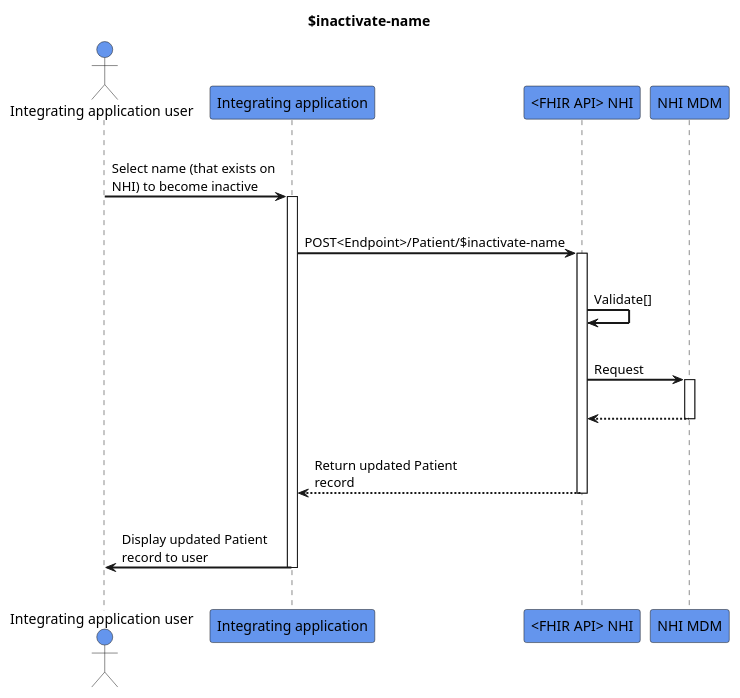
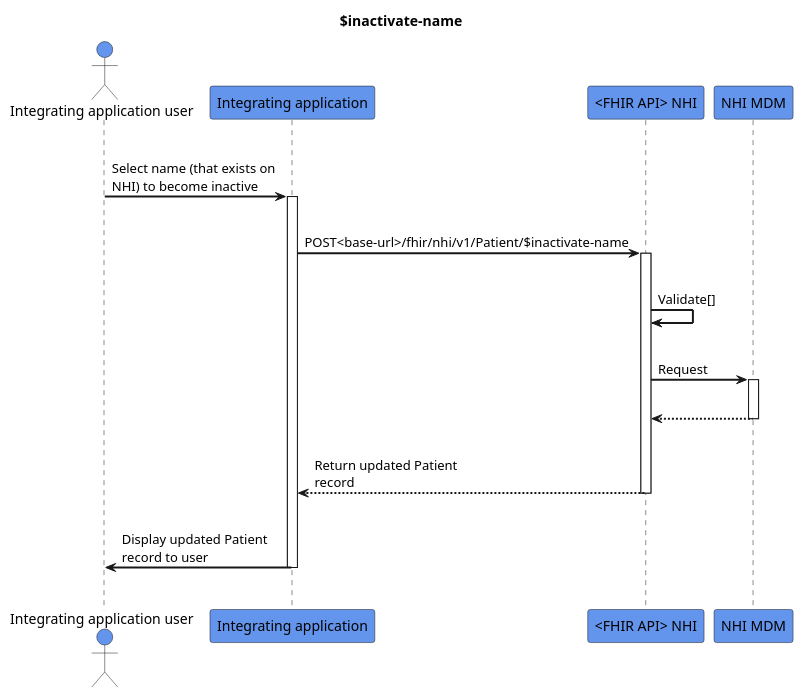
The diagram in input/images-source/inactivate-name.plantuml (HL7NZ/nhi), drawn with PlantUML before and after one commit.

```diff
--- a/input/images-source/inactivate-name.plantuml
+++ b/input/images-source/inactivate-name.plantuml
@@ -1,33 +1,33 @@
 @startuml
 skinparam sequenceArrowThickness 2
 skinparam roundcorner 5
 skinparam maxmessagesize 180
 skinparam sequenceParticipant bold
 title $inactivate-name
 actor "Integrating application user" as User #CornflowerBlue
 participant "Integrating application" as A #CornflowerBlue
 participant "<FHIR API> NHI" as B #CornflowerBlue
 participant "NHI MDM" as C #CornflowerBlue
 |||
 User -> A: Select name (that exists on NHI) to become inactive
 activate A
 |||
-A -> B: POST<Endpoint>/Patient/$inactivate-name
+A -> B: POST<base-url>/fhir/nhi/v1/Patient/$inactivate-name
 activate B
 |||
 B -> B: Validate[]
 |||
 B -> C: Request
 activate C
 |||
 
 C -[dashed]-> B
 deactivate C
 |||
 B -[dashed]-> A: Return updated Patient record
 deactivate B
 |||
 A -> User: Display updated Patient record to user
 deactivate A
 |||
 @enduml
```
